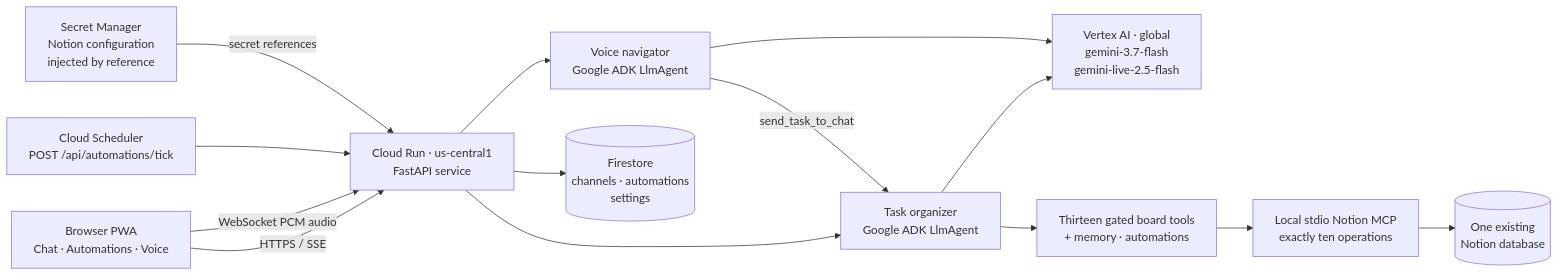
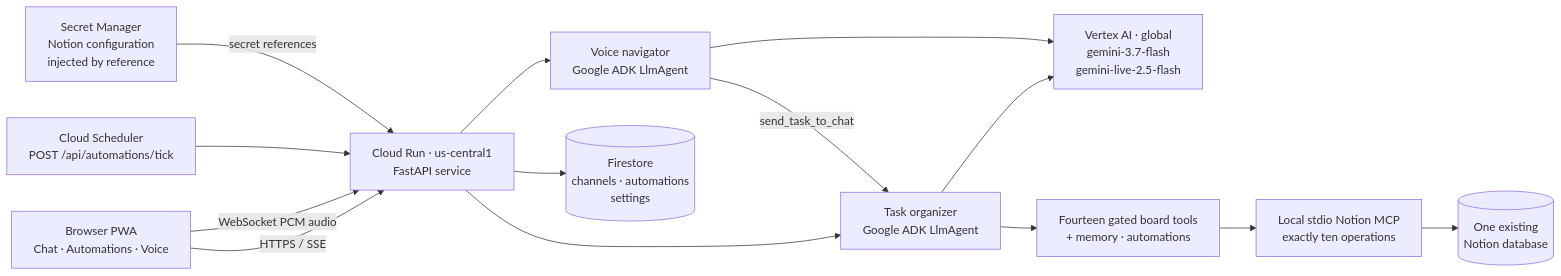
The diagram in docs/architecture.md (Avischai-G/avi-notes-assistant), drawn with Mermaid before and after one commit. The commit also changed other lines of this file and 11 other files, not shown here.

````diff
--- a/docs/architecture.md
+++ b/docs/architecture.md
@@ -9,28 +9,28 @@
 ```mermaid
 flowchart LR
     B[Browser PWA\nChat · Automations · Voice]
     API[Cloud Run · us-central1\nFastAPI service]
     A[Task organizer\nGoogle ADK LlmAgent]
     L[Voice navigator\nGoogle ADK LlmAgent]
     V[Vertex AI · global\ngemini-3.7-flash\ngemini-live-2.5-flash]
-    T[Thirteen gated board tools\n+ memory · automations]
+    T[Fourteen gated board tools\n+ memory · automations]
     M[Local stdio Notion MCP\nexactly ten operations]
     N[(One existing\nNotion database)]
     F[(Firestore\nchannels · automations\nsettings)]
     S[Secret Manager\nNotion configuration\ninjected by reference]
     C[Cloud Scheduler\nPOST /api/automations/tick]
 
     B -->|HTTPS / SSE| API
     B -->|WebSocket PCM audio| API
     C --> API
     S -->|secret references| API
     API --> A
     API --> L
     L -->|send_task_to_chat| A
     A --> V
     L --> V
     A --> T
     T --> M
     M --> N
     API --> F
 ```
````
